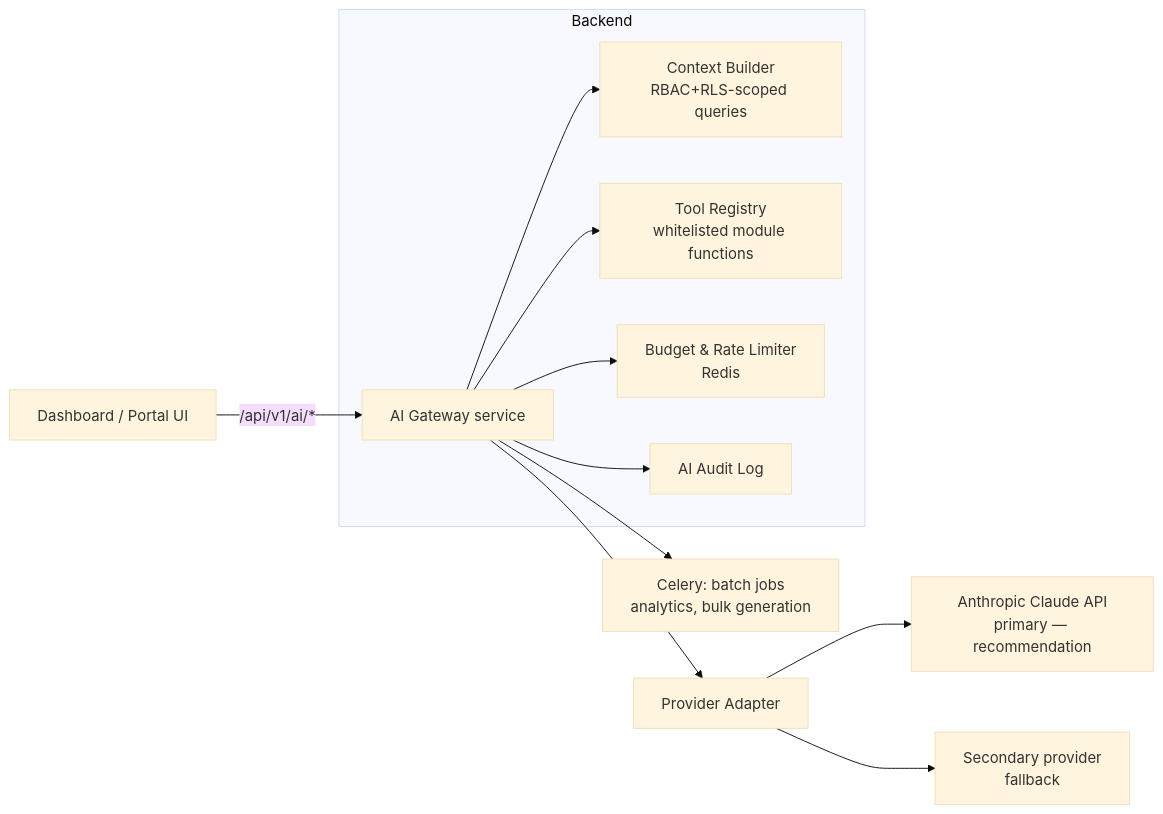
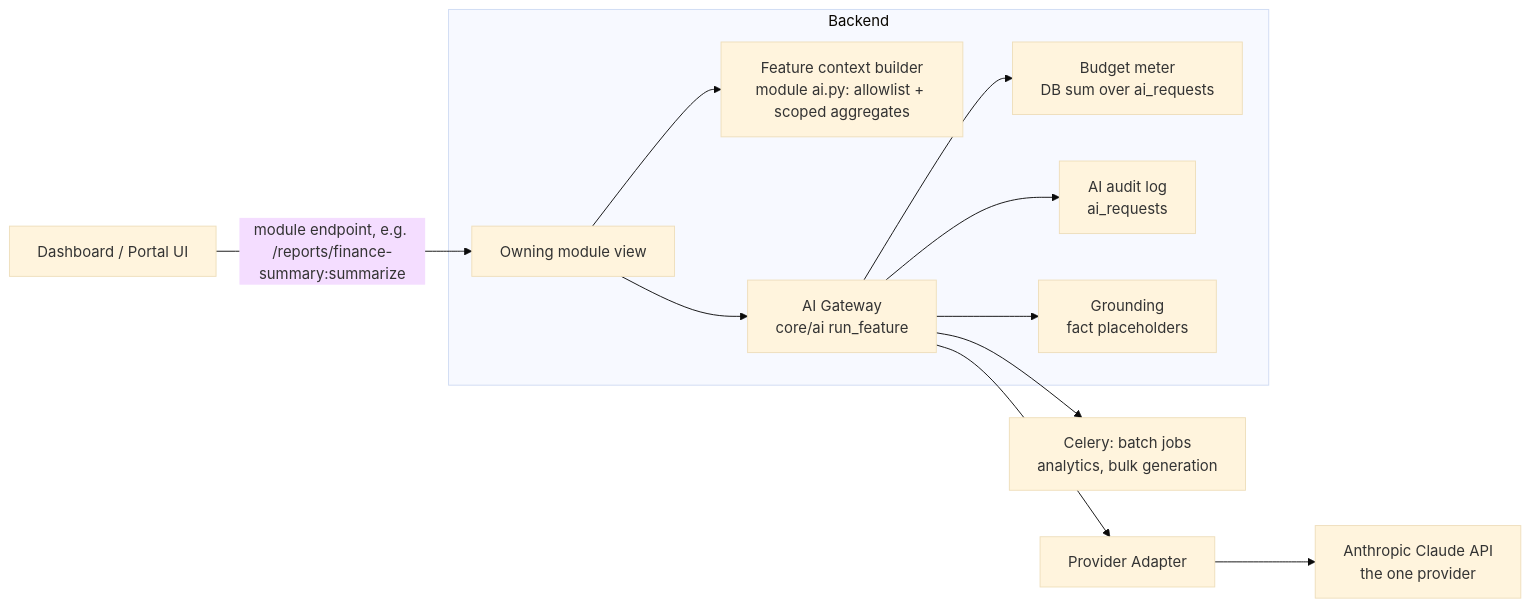
The diagram in docs/02-architecture/ai-architecture.md (sameer-sultan41/schoolhub), drawn with Mermaid (base theme) before and after one commit. The commit also changed other lines of this file and 13 other files, not shown here.

First line of the commit message:
docs(ai): record the gateway's shape and the first AI feature

````diff
--- a/docs/02-architecture/ai-architecture.md
+++ b/docs/02-architecture/ai-architecture.md
@@ -17,14 +17,14 @@
 ```mermaid
 flowchart LR
-    UI[Dashboard / Portal UI] -->|/api/v1/ai/*| GW[AI Gateway service]
+    UI[Dashboard / Portal UI] -->|module endpoint, e.g. /reports/finance-summary:summarize| MOD[Owning module view]
     subgraph Backend
-      GW --> CTX[Context Builder<br/>RBAC+RLS-scoped queries]
-      GW --> TOOLS[Tool Registry<br/>whitelisted module functions]
-      GW --> BUD[Budget & Rate Limiter<br/>Redis]
-      GW --> LOG[AI Audit Log]
+      MOD --> CTX[Feature context builder<br/>module ai.py: allowlist + scoped aggregates]
+      MOD --> GW[AI Gateway<br/>core/ai run_feature]
+      GW --> BUD[Budget meter<br/>DB sum over ai_requests]
+      GW --> LOG[AI audit log<br/>ai_requests]
+      GW --> GRD[Grounding<br/>fact placeholders]
     end
     GW --> PA[Provider Adapter]
-    PA --> LLM1[Anthropic Claude API<br/>primary — recommendation]
-    PA --> LLM2[Secondary provider<br/>fallback]
+    PA --> LLM1[Anthropic Claude API<br/>the one provider]
     GW --> Q[Celery: batch jobs<br/>analytics, bulk generation]
 ```
````
